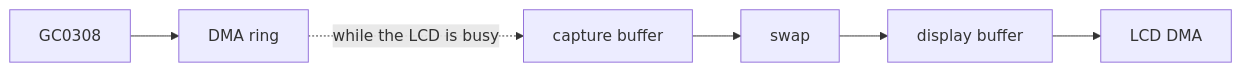
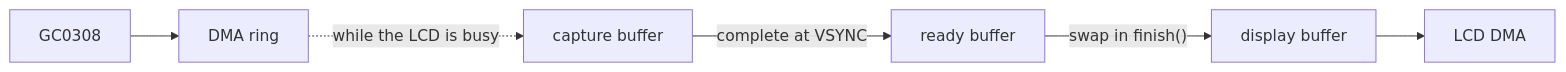
Before and after one commit to wackazong/hackandhike-2026: the seventh of 7 diagrams in docs/architecture.md, drawn with Mermaid. The commit also changed other lines of this file and 4 other files, not shown here.

First line of the commit message:
fix: a third camera frame buffer so capture never stalls behind a finished frame

````diff
--- a/docs/architecture.md
+++ b/docs/architecture.md
@@ -357,8 +360,8 @@
 ```mermaid
 flowchart LR
     Sensor["GC0308"] --> Ring["DMA ring"]
     Ring -. "while the LCD is busy" .-> Capture["capture buffer"]
-    Capture --> Swap["swap"]
-    Swap --> Shown["display buffer"]
+    Capture -- "complete at VSYNC" --> Ready["ready buffer"]
+    Ready -- "swap in finish()" --> Shown["display buffer"]
     Shown --> LCD["LCD DMA"]
 ```
````
